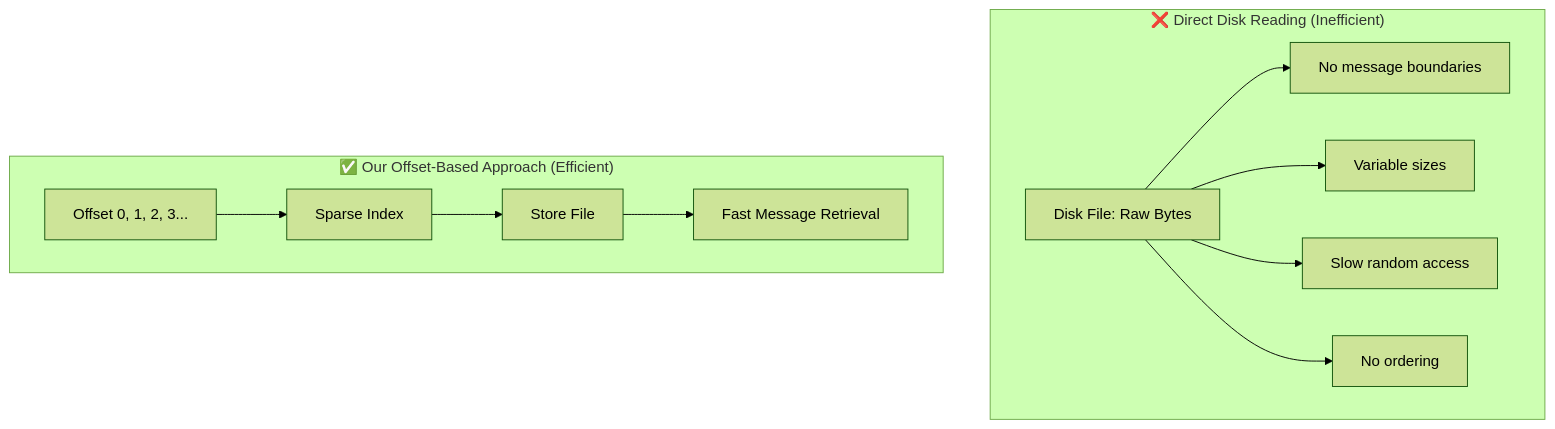
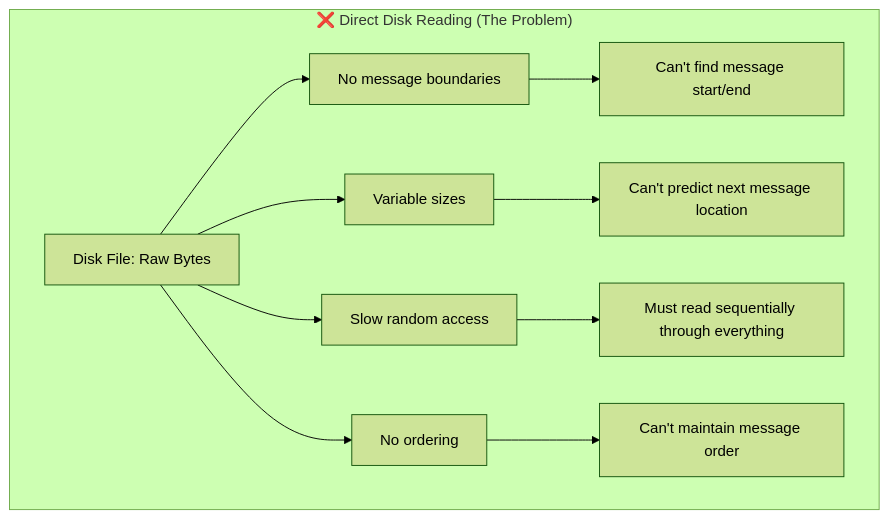
The third of 8 diagrams in README.md (Mahmoud02/Lynxes), drawn with Mermaid (forest theme) before and after one commit. The commit also changed other lines of this file and 1 other file, not shown here.

First line of the commit message:
Update README.md and dashboard.html to reflect system rebranding and architecture enhancements

````diff
--- a/README.md
+++ b/README.md
@@ -157,20 +190,15 @@
 ```mermaid
 graph TB
-    subgraph "❌ Direct Disk Reading (Inefficient)"
+    subgraph "❌ Direct Disk Reading (The Problem)"
         Disk1[Disk File: Raw Bytes]
         Disk1 --> Problem1[No message boundaries]
         Disk1 --> Problem2[Variable sizes]
         Disk1 --> Problem3[Slow random access]
         Disk1 --> Problem4[No ordering]
-    end
-    
-    subgraph "✅ Our Offset-Based Approach (Efficient)"
-        Offset[Offset 0, 1, 2, 3...]
-        Index[Sparse Index]
-        Store[Store File]
         
-        Offset --> Index
-        Index --> Store
-        Store --> Fast[Fast Message Retrieval]
+        Problem1 --> Result1[Can't find message start/end]
+        Problem2 --> Result2[Can't predict next message location]
+        Problem3 --> Result3[Must read sequentially through everything]
+        Problem4 --> Result4[Can't maintain message order]
     end
 ```
````
